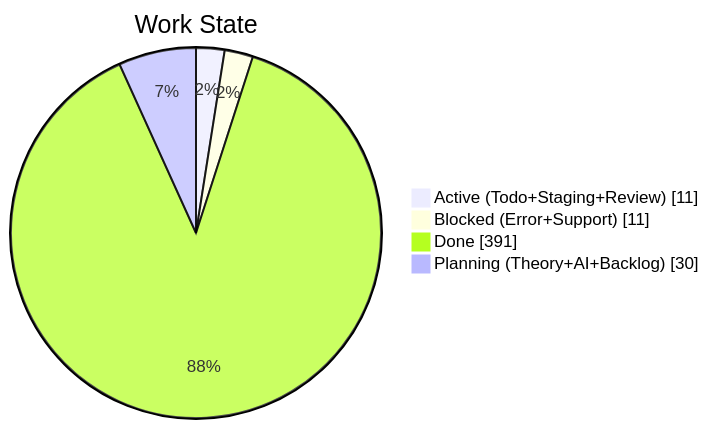
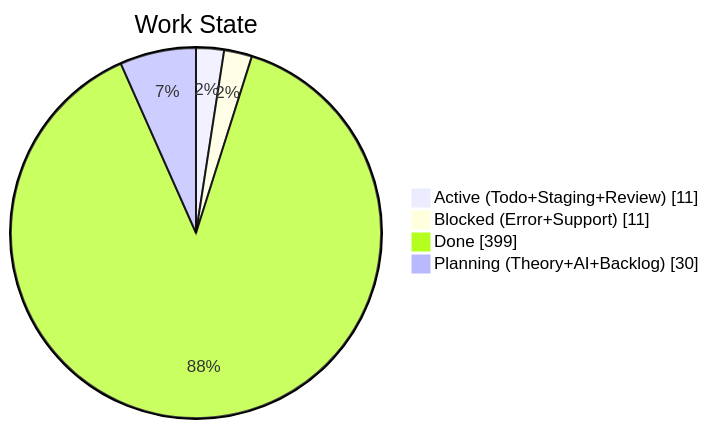
The second of 4 diagrams in apps/kbve/astro-kbve/src/content/docs/dashboard/kanban-data.mdx (KBVE/kbve), drawn with Mermaid before and after one commit. The commit also changed other lines of this file and 8 other files, not shown here.

````diff
--- a/apps/kbve/astro-kbve/src/content/docs/dashboard/kanban-data.mdx
+++ b/apps/kbve/astro-kbve/src/content/docs/dashboard/kanban-data.mdx
@@ -68,8 +68,8 @@
 ```mermaid
 pie showData
     title Work State
     "Active (Todo+Staging+Review)" : 11
     "Blocked (Error+Support)" : 11
-    "Done" : 391
+    "Done" : 399
     "Planning (Theory+AI+Backlog)" : 30
 ```
````
